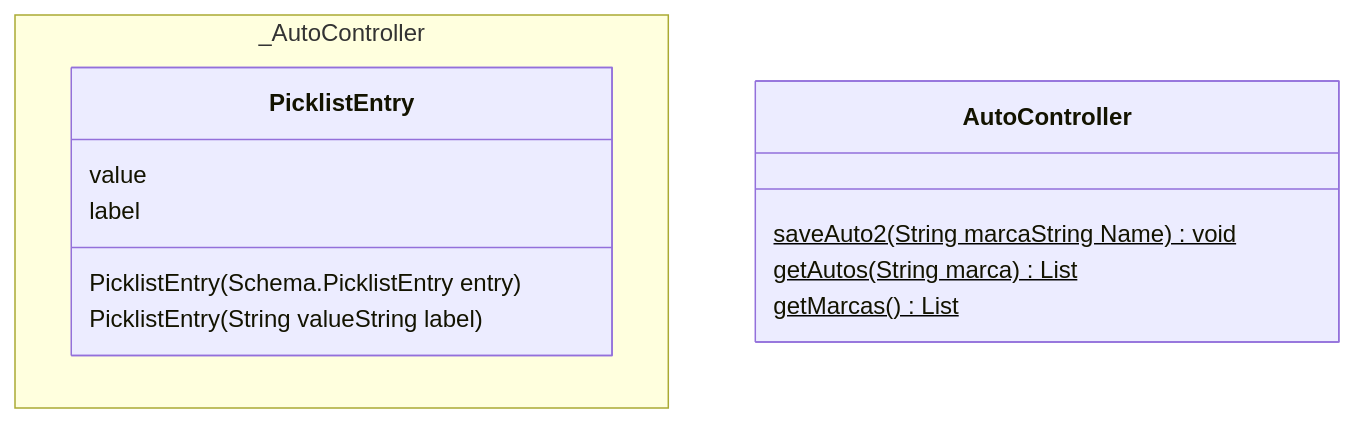
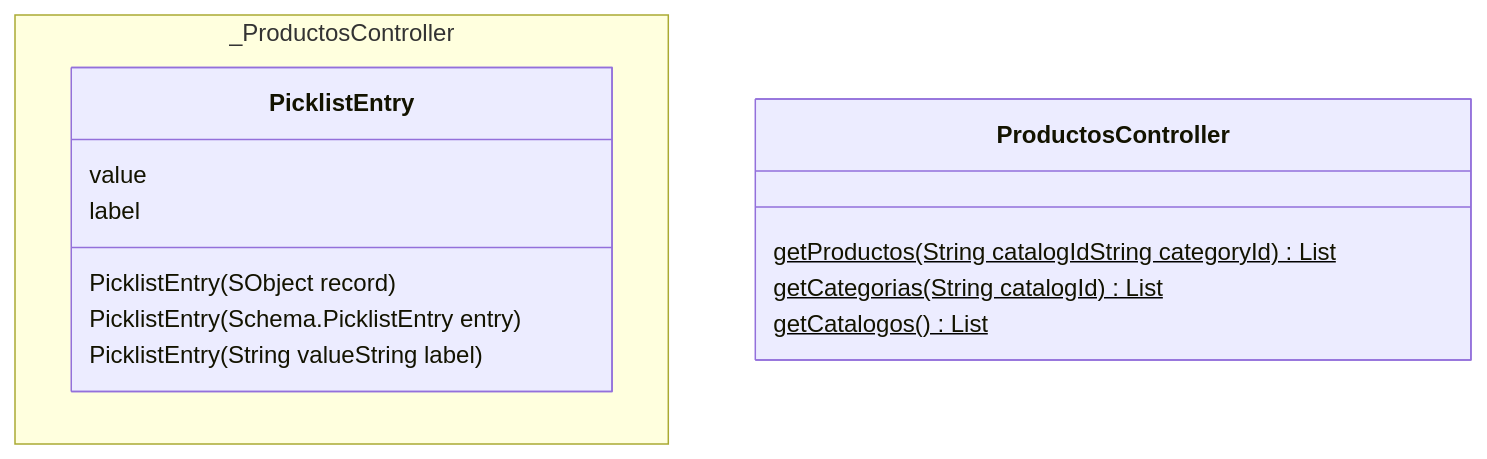
One commit to sebastianclaros/teatime changed the first of 2 diagrams in docs/ventas/intro.md. Above: the diagram before and after it, drawn with Mermaid. The commit also changed other lines of this file and 47 other files, not shown here.

````diff
--- a/docs/ventas/intro.md
+++ b/docs/ventas/intro.md
@@ -12,27 +12,28 @@
 ```mermaid
 classDiagram
-
-
-    class AutoController {
-         saveAuto2(String marcaString Name) void $
-         getAutos(String marca) List $
-         getMarcas() List $
-
-    }
-
-    link AutoController "./diccionarios/classes/AutoController" 
 
 
     class PicklistEntry {
          value     
          label     
+     PicklistEntry(SObject record)  
      PicklistEntry(Schema.PicklistEntry entry)  
      PicklistEntry(String valueString label)  
 
     }
 
     link PicklistEntry "./diccionarios/classes/PicklistEntry" 
- namespace _AutoController {
+
+
+    class ProductosController {
+         getProductos(String catalogIdString categoryId) List $
+         getCategorias(String catalogId) List $
+         getCatalogos() List $
+
+    }
+
+    link ProductosController "./diccionarios/classes/ProductosController" 
+ namespace _ProductosController {
     class PicklistEntry 
 }
 ```
````
